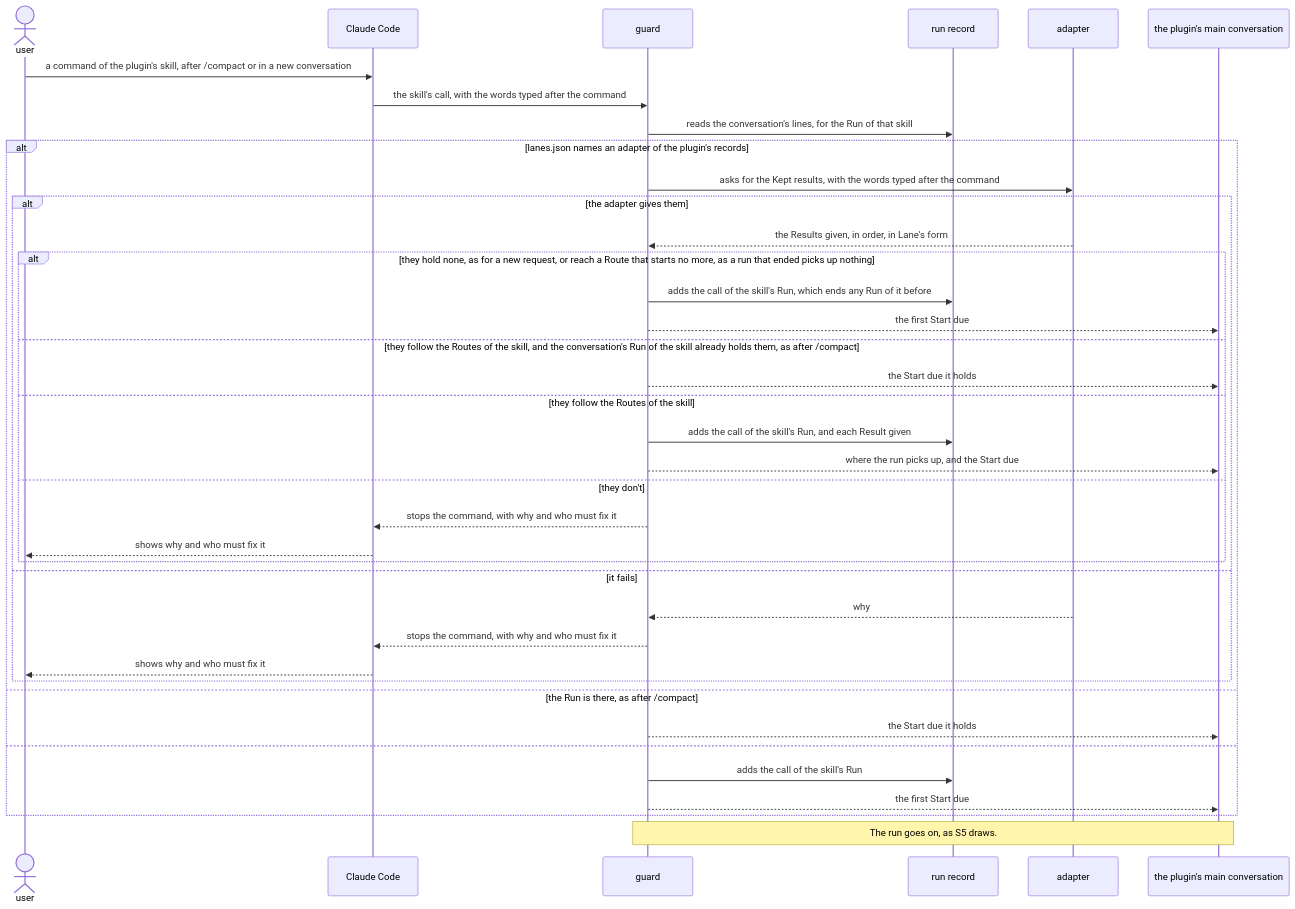
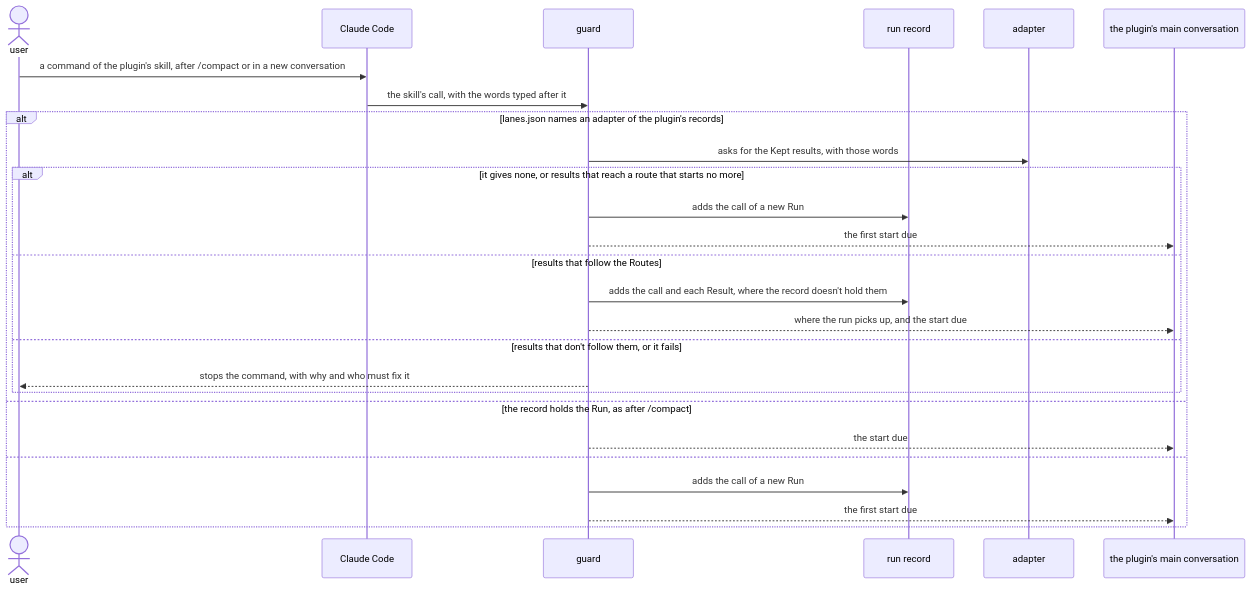
Before and after one commit to lovaizu/ccpm: the seventh of 7 diagrams in dev/lane/architecture.md, drawn with Mermaid. The commit also changed other lines of this file and 1 other file, not shown here.

First line of the commit message:
lane's architecture: rebuilt from the design tree's decisions and its inputs to the template, each line of Components a few words of what the part alone decides, each choice one reason and one cost, each kind of data a few words, and each sequence the main path with the branches its tests rest on

````diff
--- a/dev/lane/architecture.md
+++ b/dev/lane/architecture.md
@@ -814,40 +553,28 @@
 ```mermaid
 sequenceDiagram
   actor U as user
   participant CC as Claude Code
   participant G as guard
   participant RS as run record
   participant A as adapter
   participant M as the plugin's main conversation
   U->>CC: a command of the plugin's skill, after /compact or in a new conversation
-  CC->>G: the skill's call, with the words typed after the command
-  G->>RS: reads the conversation's lines, for the Run of that skill
+  CC->>G: the skill's call, with the words typed after it
   alt lanes.json names an adapter of the plugin's records
-    G->>A: asks for the Kept results, with the words typed after the command
-    alt the adapter gives them
-      A-->>G: the Results given, in order, in Lane's form
-      alt they hold none, as for a new request, or reach a Route that starts no more, as a run that ended picks up nothing
-        G->>RS: adds the call of the skill's Run, which ends any Run of it before
-        G-->>M: the first Start due
-      else they follow the Routes of the skill, and the conversation's Run of the skill already holds them, as after /compact
-        G-->>M: the Start due it holds
-      else they follow the Routes of the skill
-        G->>RS: adds the call of the skill's Run, and each Result given
-        G-->>M: where the run picks up, and the Start due
-      else they don't
-        G-->>CC: stops the command, with why and who must fix it
-        CC-->>U: shows why and who must fix it
-      end
-    else it fails
-      A-->>G: why
-      G-->>CC: stops the command, with why and who must fix it
-      CC-->>U: shows why and who must fix it
+    G->>A: asks for the Kept results, with those words
+    alt it gives none, or results that reach a route that starts no more
+      G->>RS: adds the call of a new Run
+      G-->>M: the first start due
+    else results that follow the Routes
+      G->>RS: adds the call and each Result, where the record doesn't hold them
+      G-->>M: where the run picks up, and the start due
+    else results that don't follow them, or it fails
+      G-->>U: stops the command, with why and who must fix it
     end
-  else the Run is there, as after /compact
-    G-->>M: the Start due it holds
+  else the record holds the Run, as after /compact
+    G-->>M: the start due
   else
-    G->>RS: adds the call of the skill's Run
-    G-->>M: the first Start due
+    G->>RS: adds the call of a new Run
+    G-->>M: the first start due
   end
-  Note over M,G: The run goes on, as S5 draws.
 ```
````
